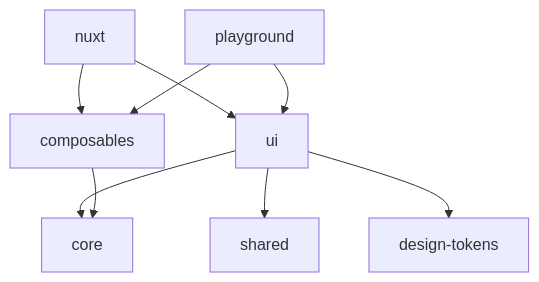
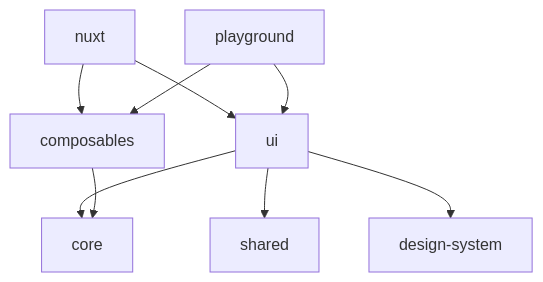
Before and after one commit to KlangHaus/grundtone: the diagram in docs/DEVELOPMENT.md, drawn with Mermaid. The commit also changed other lines of this file and 46 other files, not shown here.

Commit message:
docs: rename design-tokens to design-system across all docs and changelogs

````diff
--- a/docs/DEVELOPMENT.md
+++ b/docs/DEVELOPMENT.md
@@ -25,11 +25,11 @@
 ```mermaid
 graph TD
     UI[ui] --> CORE[core]
     UI --> SHARED[shared]
-    UI --> TOKENS[design-tokens]
+    UI --> TOKENS[design-system]
     COMPOSABLES[composables] --> CORE
     NUXT[nuxt] --> UI
     NUXT --> COMPOSABLES
     PLAYGROUND[playground] --> UI
     PLAYGROUND --> COMPOSABLES
 ```
````
